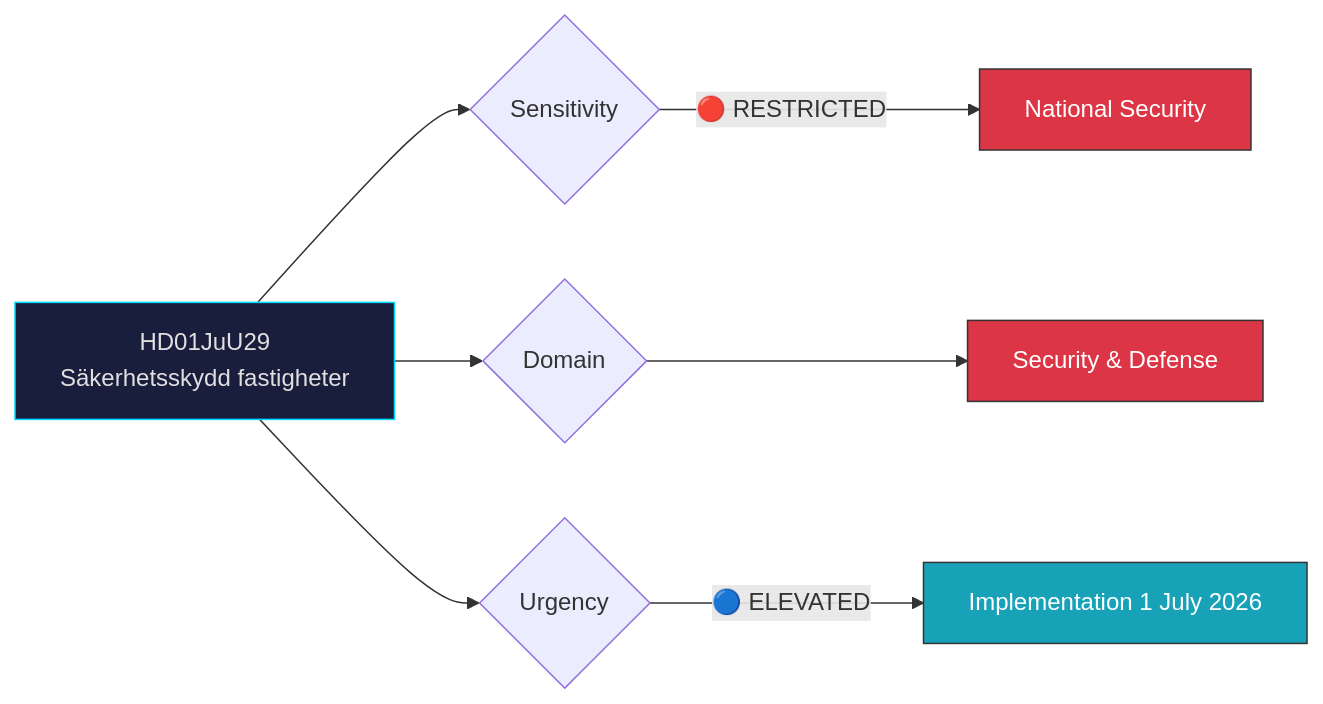
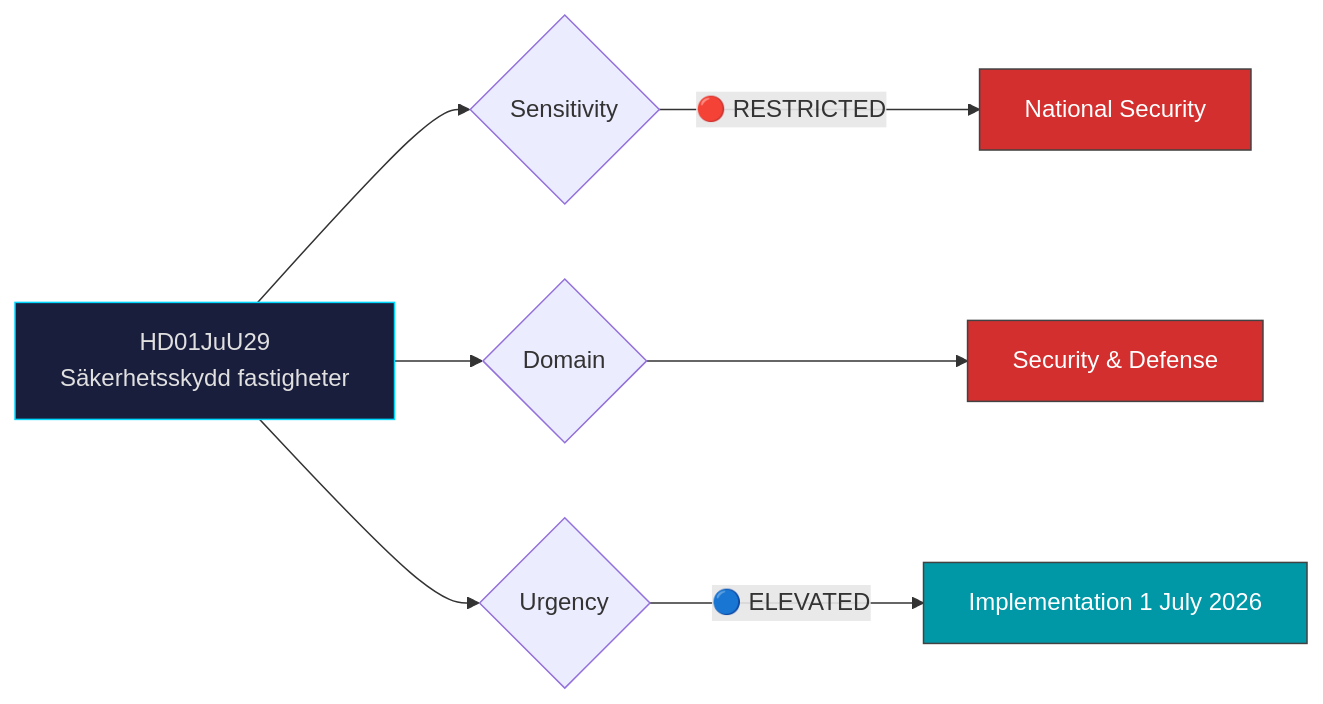
One commit to Hack23/riksdagsmonitor changed the diagram in analysis/daily/2026-03-31/documents/HD01JuU29-analysis.md. Above: the diagram before and after it, drawn with Mermaid. The commit also changed 785 other files, not shown here.

First line of the commit message:
Normalize mermaid colors across 786 analysis artifacts to ISMS Style Guide palette

````diff
--- a/analysis/daily/2026-03-31/documents/HD01JuU29-analysis.md
+++ b/analysis/daily/2026-03-31/documents/HD01JuU29-analysis.md
@@ -26,16 +26,16 @@
 ```mermaid
 graph LR
     A["HD01JuU29<br/>Säkerhetsskydd fastigheter"] --> B{Sensitivity}
     B -->|"🔴 RESTRICTED"| C["National Security"]
 
     A --> G{Domain}
     G --> H["Security & Defense"]
 
     A --> I{Urgency}
     I -->|"🔵 ELEVATED"| L["Implementation 1 July 2026"]
 
     style A fill:#1a1e3d,stroke:#00d9ff,color:#e0e0e0
-    style C fill:#dc3545,stroke:#333,color:#fff
-    style H fill:#dc3545,stroke:#333,color:#fff
-    style L fill:#17a2b8,stroke:#333,color:#fff
+    style C fill:#D32F2F,stroke:#424242,color:#FFFFFF
+    style H fill:#D32F2F,stroke:#424242,color:#FFFFFF
+    style L fill:#0097A7,stroke:#424242,color:#FFFFFF
 ```
````
